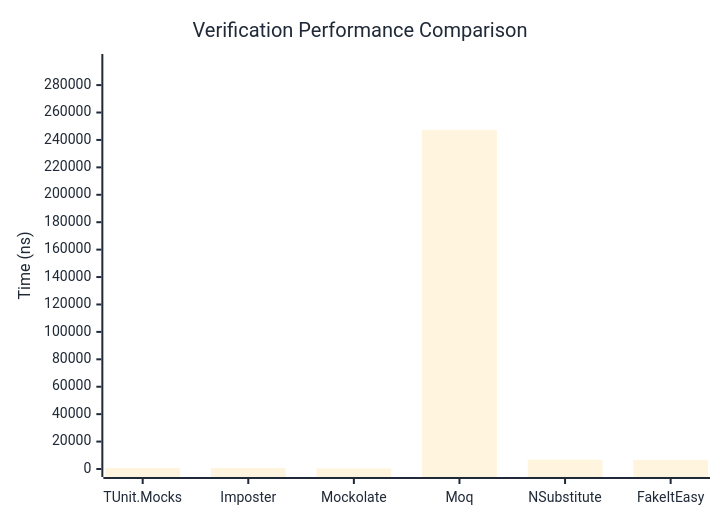
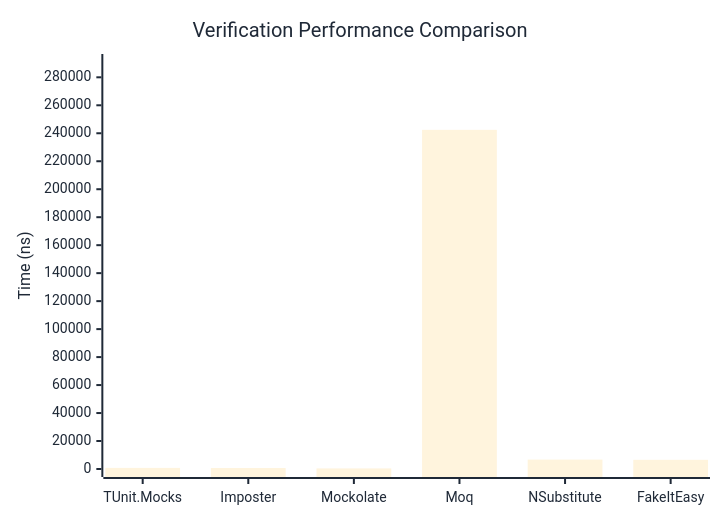
One commit to thomhurst/TUnit changed the first of 3 diagrams in docs/docs/benchmarks/mocks/Verification.md. Above: the diagram before and after it, drawn with Mermaid. The commit also changed other lines of this file and 14 other files, not shown here.

````diff
--- a/docs/docs/benchmarks/mocks/Verification.md
+++ b/docs/docs/benchmarks/mocks/Verification.md
@@ -30,27 +30,27 @@
 ```mermaid
 %%{init: {
   'theme':'base',
   'themeVariables': {
     'primaryColor': '#2563eb',
     'primaryTextColor': '#1f2937',
     'primaryBorderColor': '#1e40af',
     'lineColor': '#6b7280',
     'secondaryColor': '#7c3aed',
     'tertiaryColor': '#dc2626',
     'background': '#ffffff',
     'pie1': '#2563eb',
     'pie2': '#7c3aed',
     'pie3': '#dc2626',
     'pie4': '#f59e0b',
     'pie5': '#10b981',
     'pie6': '#06b6d4',
     'pie7': '#ec4899',
     'pie8': '#6366f1'
   }
 }}%%
 xychart-beta
   title "Verification Performance Comparison"
   x-axis ["TUnit.Mocks", "Imposter", "Mockolate", "Moq", "NSubstitute", "FakeItEasy"]
-  y-axis "Time (ns)" 0 --> 296846
-  bar [770.11, 709.62, 404.48, 247371.52, 6795.07, 6673.16]
+  y-axis "Time (ns)" 0 --> 290941
+  bar [776.64, 695.26, 416.12, 242450.2, 6722.29, 6557.22]
 ```
````
